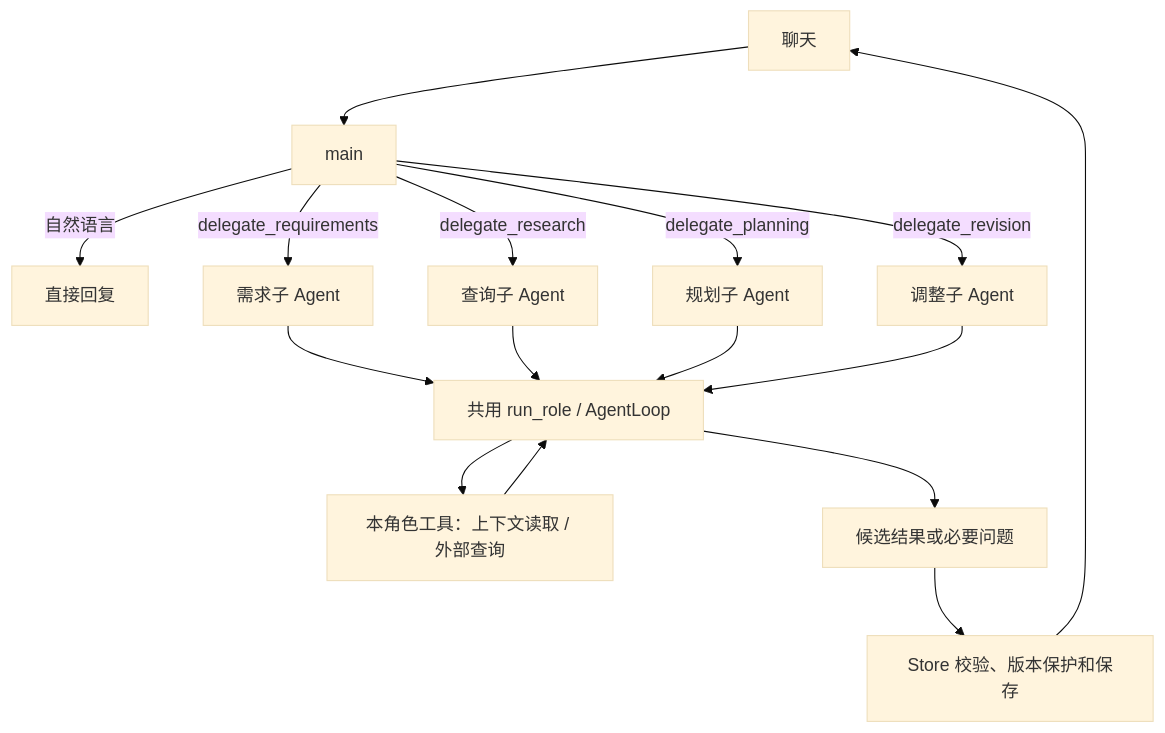
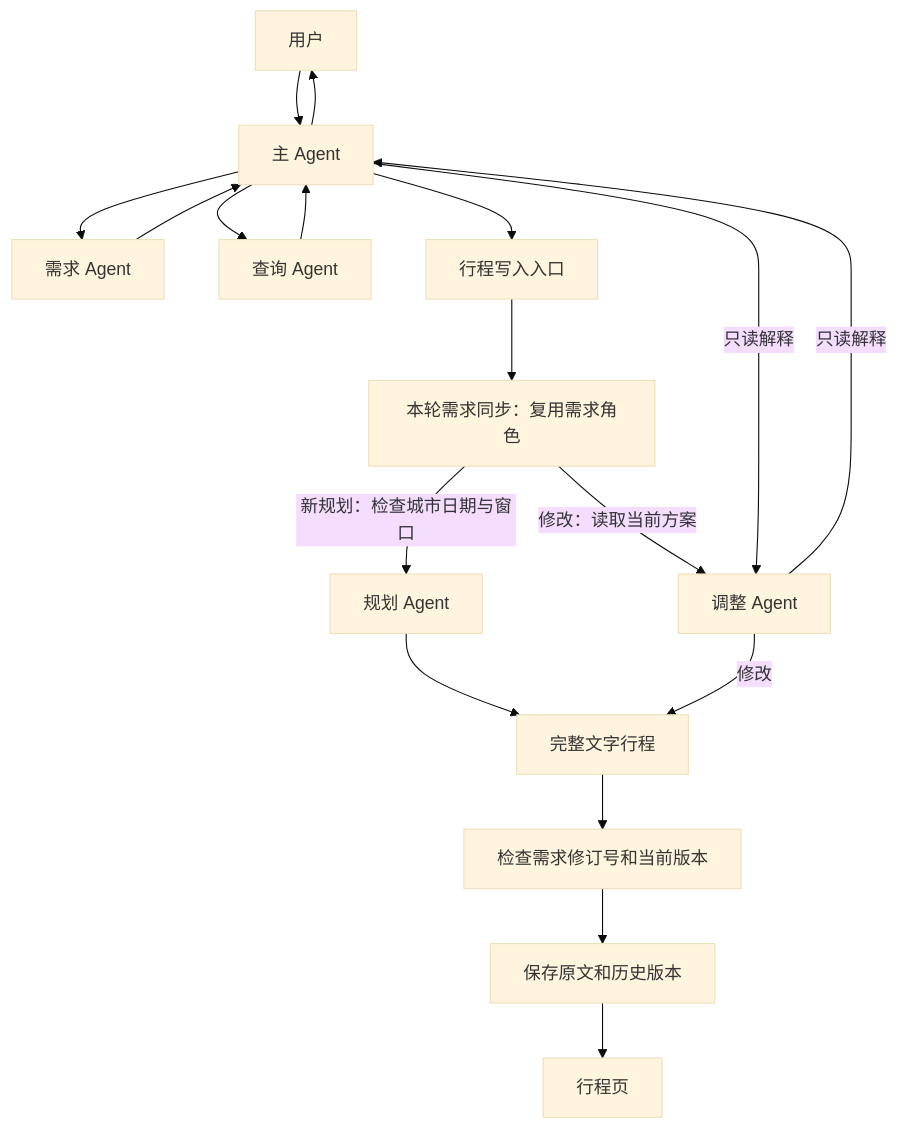
Before and after one commit to mitongchuan-hub/TravelAssistant: the diagram in docs/agent-role-implementation.md, drawn with Mermaid (base theme). The commit also changed other lines of this file and 55 other files, not shown here.

````diff
--- a/docs/agent-role-implementation.md
+++ b/docs/agent-role-implementation.md
@@ -16,18 +7,20 @@
 ```mermaid
 flowchart TD
-    U[聊天] --> M[main]
-    M -->|自然语言| A[直接回复]
-    M -->|delegate_requirements| R[需求子 Agent]
-    M -->|delegate_research| Q[查询子 Agent]
-    M -->|delegate_planning| P[规划子 Agent]
-    M -->|delegate_revision| V[调整子 Agent]
-    R --> L[共用 run_role / AgentLoop]
-    Q --> L
-    P --> L
-    V --> L
-    L --> T[本角色工具：上下文读取 / 外部查询]
-    T --> L
-    L --> C[候选结果或必要问题]
-    C --> S[Store 校验、版本保护和保存]
-    S --> U
+    U[用户] --> M[主 Agent]
+    M --> R[需求 Agent]
+    M --> Q[查询 Agent]
+    M --> G[行程写入入口]
+    G --> R2[本轮需求同步：复用需求角色]
+    R2 -->|新规划：检查城市日期与窗口| P[规划 Agent]
+    R2 -->|修改：读取当前方案| A[调整 Agent]
+    M -->|只读解释| A
+    P --> T[完整文字行程]
+    A -->|修改| T
+    A -->|只读解释| M
+    T --> V[检查需求修订号和当前版本]
+    V --> S[保存原文和历史版本]
+    S --> I[行程页]
+    R --> M
+    Q --> M
+    M --> U
 ```
````
